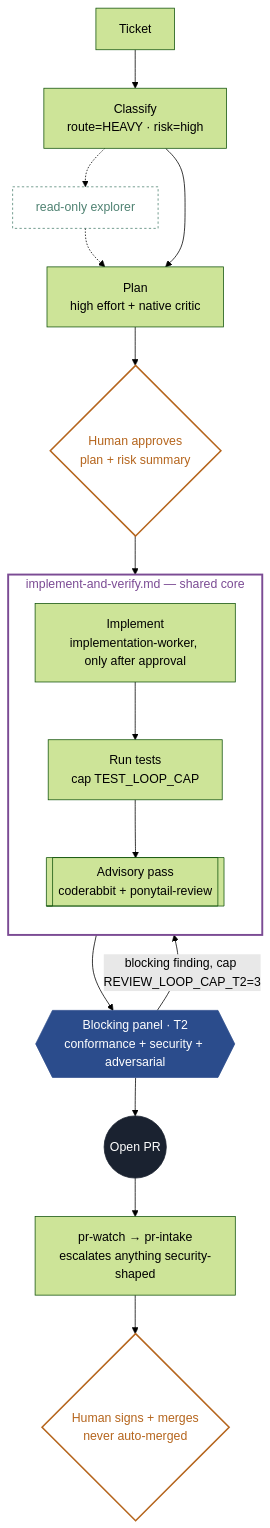
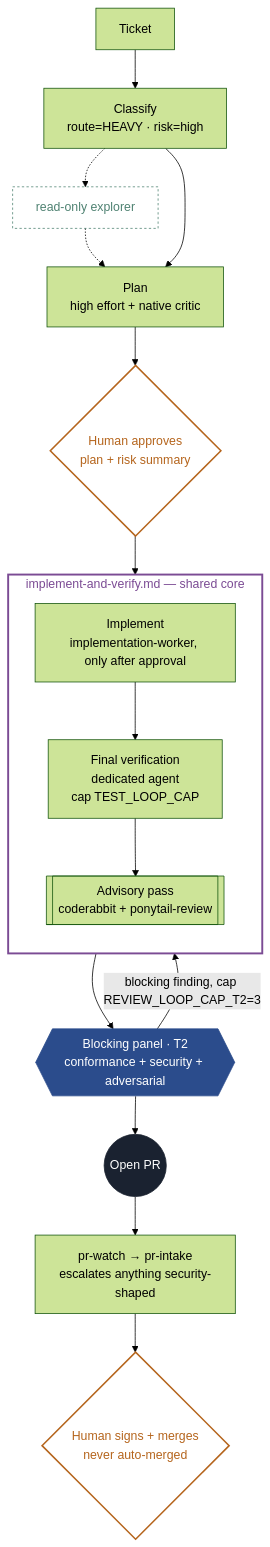
The third of 8 diagrams in README.md (aanojima/software-factory), drawn with Mermaid (forest theme) before and after one commit. The commit also changed other lines of this file and 24 other files, not shown here.

Commit message:
Add dedicated verification and harden plugin migration

````diff
--- a/README.md
+++ b/README.md
@@ -205,29 +209,29 @@
 ```mermaid
 flowchart TD
     classDef advisory fill:transparent,stroke:#4F8272,color:#4F8272,stroke-width:1px,stroke-dasharray:3 3;
     classDef block fill:#2B4C8C,stroke:#2B4C8C,color:#fff;
     classDef gate fill:transparent,stroke:#B5651D,color:#B5651D,stroke-width:2px;
     classDef terminal fill:#1A2230,stroke:#1A2230,color:#fff;
     classDef core fill:transparent,stroke:#7B4B94,color:#7B4B94,stroke-width:2.5px;
     A[Ticket] --> B0["Classify<br/>route=HEAVY · risk=high"]
     B0 -.-> X["read-only explorer"]
     X -.-> P
     B0 --> P["Plan<br/>high effort + native critic"]
     P --> D0{"Human approves<br/>plan + risk summary"}
     D0 --> B
     subgraph CORE3["implement-and-verify.md — shared core"]
         direction TB
-        B["Implement<br/>implementation-worker, only after approval"] --> C["Run tests<br/>cap TEST_LOOP_CAP"]
+        B["Implement<br/>implementation-worker, only after approval"] --> C["Final verification<br/>dedicated agent<br/>cap TEST_LOOP_CAP"]
         C --> Dadv[["Advisory pass<br/>coderabbit + ponytail-review"]]
     end
     Dadv --> G{{"Blocking panel · T2<br/>conformance + security + adversarial"}}
     G -->|blocking finding, cap REVIEW_LOOP_CAP_T2=3| B
     G --> H(("Open PR"))
     H --> I["pr-watch → pr-intake<br/>escalates anything security-shaped"]
     I --> J{"Human signs + merges<br/>never auto-merged"}
     class X advisory
     class D0,J gate
     class G block
     class H terminal
     class CORE3 core
 ```
````
